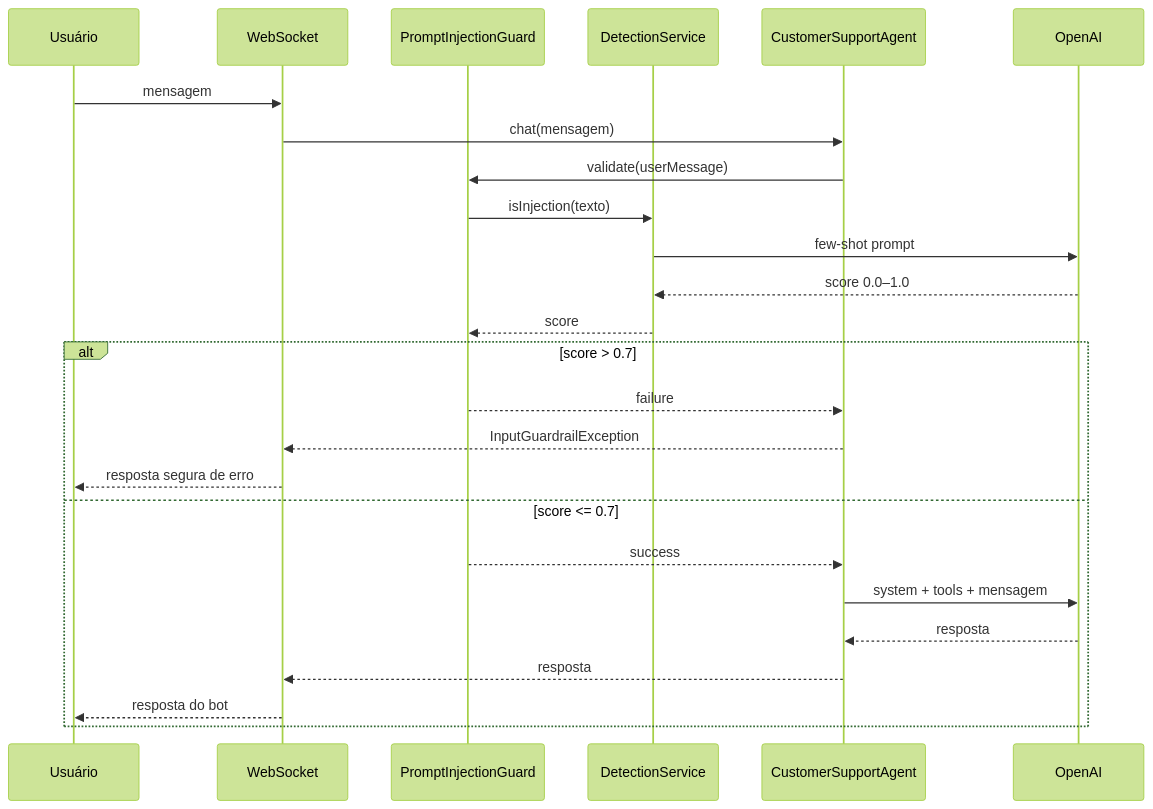
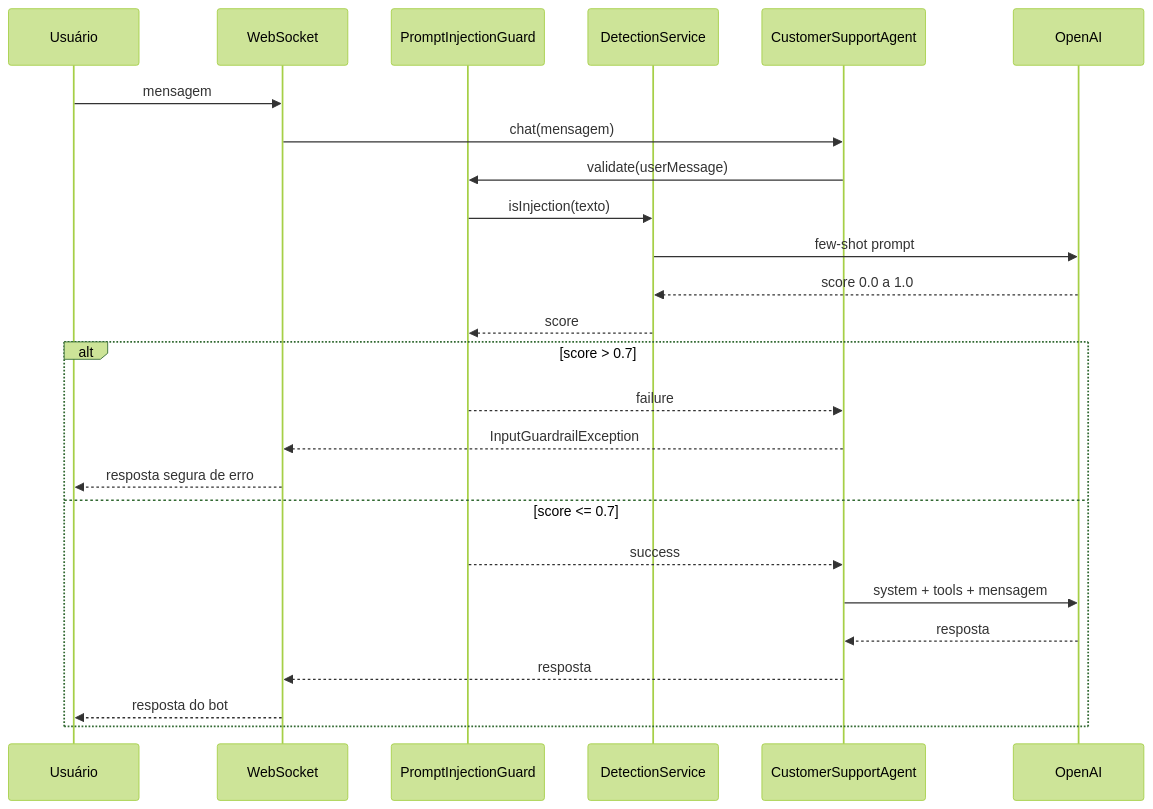
Before and after one commit to rodrigoprestesmachado/ai: the diagram in docs/06guardrails/guardrails.md, drawn with Mermaid (forest theme). The commit also changed 2 other files, not shown here.

Commit message:
Update guardrails documentation for improved clarity and consistency. Adjust Mermaid diagram formatting for better readability and modify initialization settings for Mermaid.js to enhance performance.

````diff
--- a/docs/06guardrails/guardrails.md
+++ b/docs/06guardrails/guardrails.md
@@ -62,29 +62,29 @@
 ```mermaid
 sequenceDiagram
     participant User as Usuário
     participant WS as WebSocket
     participant Guard as PromptInjectionGuard
     participant Detect as DetectionService
     participant Agent as CustomerSupportAgent
     participant LLM as OpenAI
 
     User->>WS: mensagem
     WS->>Agent: chat(mensagem)
     Agent->>Guard: validate(userMessage)
     Guard->>Detect: isInjection(texto)
     Detect->>LLM: few-shot prompt
-    LLM-->>Detect: score 0.0–1.0
+    LLM-->>Detect: score 0.0 a 1.0
     Detect-->>Guard: score
 
     alt score > 0.7
         Guard-->>Agent: failure
         Agent-->>WS: InputGuardrailException
         WS-->>User: resposta segura de erro
     else score <= 0.7
         Guard-->>Agent: success
         Agent->>LLM: system + tools + mensagem
         LLM-->>Agent: resposta
         Agent-->>WS: resposta
         WS-->>User: resposta do bot
     end
 ```
````
